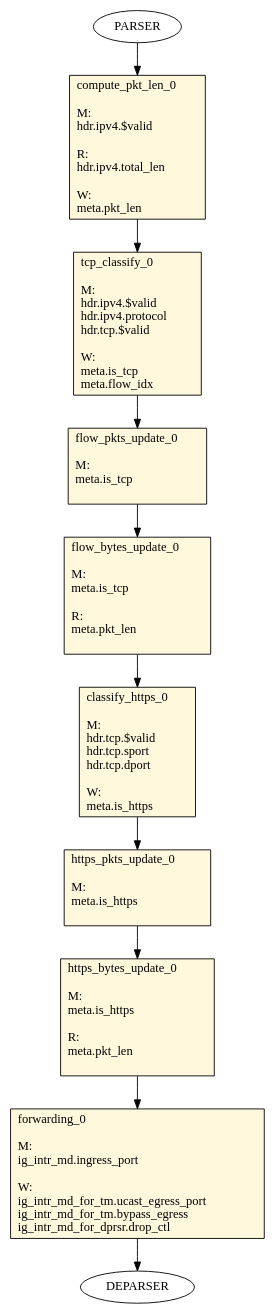
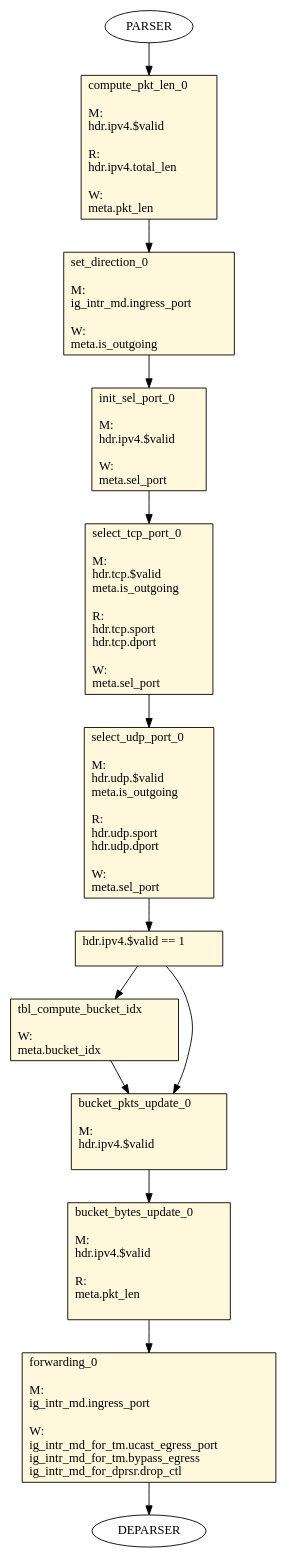
One commit to MohamadMHazim/P4_Code changed the diagram in p4src/basic.tofino/pipe/graphs/0_table_flow_graph_ingress.dot. Above: the diagram before and after it, drawn with Graphviz. The commit also changed 13 other files, not shown here.

```diff
--- a/p4src/basic.tofino/pipe/graphs/0_table_flow_graph_ingress.dot
+++ b/p4src/basic.tofino/pipe/graphs/0_table_flow_graph_ingress.dot
@@ -1,64 +1,78 @@
 digraph ingress {
 compute_pkt_len_0 [ shape=record, style="filled", fillcolor=cornsilk, label="compute_pkt_len_0\l\l
 M:\l
  hdr.ipv4.$valid\l
 \lR:\l
  hdr.ipv4.total_len\l
 \lW:\l
  meta.pkt_len\l
  "];
-tcp_classify_0 [ shape=record, style="filled", fillcolor=cornsilk, label="tcp_classify_0\l\l
+set_direction_0 [ shape=record, style="filled", fillcolor=cornsilk, label="set_direction_0\l\l
+M:\l
+ ig_intr_md.ingress_port\l
+\lW:\l
+ meta.is_outgoing\l
+ "];
+init_sel_port_0 [ shape=record, style="filled", fillcolor=cornsilk, label="init_sel_port_0\l\l
 M:\l
  hdr.ipv4.$valid\l
- hdr.ipv4.protocol\l
- hdr.tcp.$valid\l
 \lW:\l
- meta.is_tcp\l
- meta.flow_idx\l
+ meta.sel_port\l
  "];
-flow_pkts_update_0 [ shape=record, style="filled", fillcolor=cornsilk, label="flow_pkts_update_0\l\l
-M:\l
- meta.is_tcp\l
-\l "];
-flow_bytes_update_0 [ shape=record, style="filled", fillcolor=cornsilk, label="flow_bytes_update_0\l\l
-M:\l
- meta.is_tcp\l
-\lR:\l
- meta.pkt_len\l
-\l "];
-classify_https_0 [ shape=record, style="filled", fillcolor=cornsilk, label="classify_https_0\l\l
+select_tcp_port_0 [ shape=record, style="filled", fillcolor=cornsilk, label="select_tcp_port_0\l\l
 M:\l
  hdr.tcp.$valid\l
+ meta.is_outgoing\l
+\lR:\l
  hdr.tcp.sport\l
  hdr.tcp.dport\l
 \lW:\l
- meta.is_https\l
+ meta.sel_port\l
  "];
-https_pkts_update_0 [ shape=record, style="filled", fillcolor=cornsilk, label="https_pkts_update_0\l\l
+select_udp_port_0 [ shape=record, style="filled", fillcolor=cornsilk, label="select_udp_port_0\l\l
 M:\l
- meta.is_https\l
+ hdr.udp.$valid\l
+ meta.is_outgoing\l
+\lR:\l
+ hdr.udp.sport\l
+ hdr.udp.dport\l
+\lW:\l
+ meta.sel_port\l
+ "];
+cond_2 [ shape=record, style="filled", fillcolor=cornsilk, label="hdr.ipv4.$valid == 1\l\l
+ "];
+tbl_compute_bucket_idx [ shape=record, style="filled", fillcolor=cornsilk, label="tbl_compute_bucket_idx\l\l
+W:\l
+ meta.bucket_idx\l
+ "];
+bucket_pkts_update_0 [ shape=record, style="filled", fillcolor=cornsilk, label="bucket_pkts_update_0\l\l
+M:\l
+ hdr.ipv4.$valid\l
 \l "];
-https_bytes_update_0 [ shape=record, style="filled", fillcolor=cornsilk, label="https_bytes_update_0\l\l
+bucket_bytes_update_0 [ shape=record, style="filled", fillcolor=cornsilk, label="bucket_bytes_update_0\l\l
 M:\l
- meta.is_https\l
+ hdr.ipv4.$valid\l
 \lR:\l
  meta.pkt_len\l
 \l "];
 forwarding_0 [ shape=record, style="filled", fillcolor=cornsilk, label="forwarding_0\l\l
 M:\l
  ig_intr_md.ingress_port\l
 \lW:\l
  ig_intr_md_for_tm.ucast_egress_port\l
  ig_intr_md_for_tm.bypass_egress\l
  ig_intr_md_for_dprsr.drop_ctl\l
  "];
     PARSER -> compute_pkt_len_0
-    compute_pkt_len_0 -> tcp_classify_0
-    tcp_classify_0 -> flow_pkts_update_0
-    flow_pkts_update_0 -> flow_bytes_update_0
-    flow_bytes_update_0 -> classify_https_0
-    classify_https_0 -> https_pkts_update_0
-    https_pkts_update_0 -> https_bytes_update_0
-    https_bytes_update_0 -> forwarding_0
+    compute_pkt_len_0 -> set_direction_0
+    set_direction_0 -> init_sel_port_0
+    init_sel_port_0 -> select_tcp_port_0
+    select_tcp_port_0 -> select_udp_port_0
+    select_udp_port_0 -> cond_2
+    cond_2 -> tbl_compute_bucket_idx
+    cond_2 -> bucket_pkts_update_0
+    tbl_compute_bucket_idx -> bucket_pkts_update_0
+    bucket_pkts_update_0 -> bucket_bytes_update_0
+    bucket_bytes_update_0 -> forwarding_0
     forwarding_0 -> DEPARSER
 }
```
